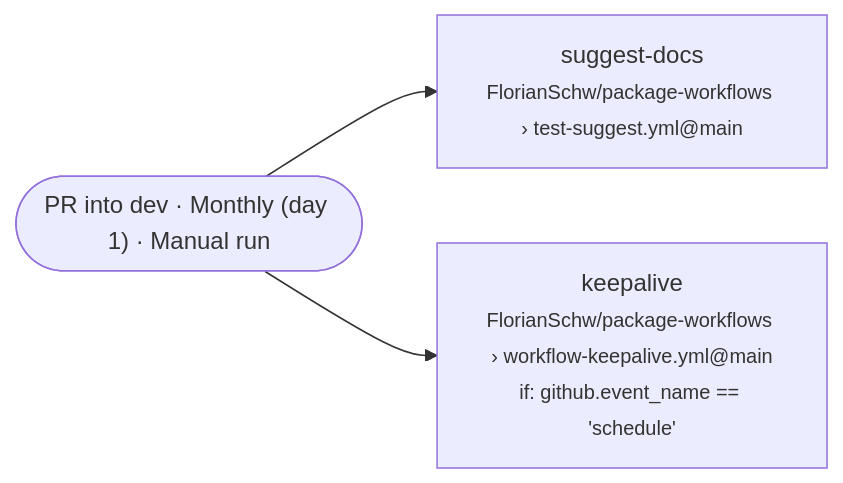
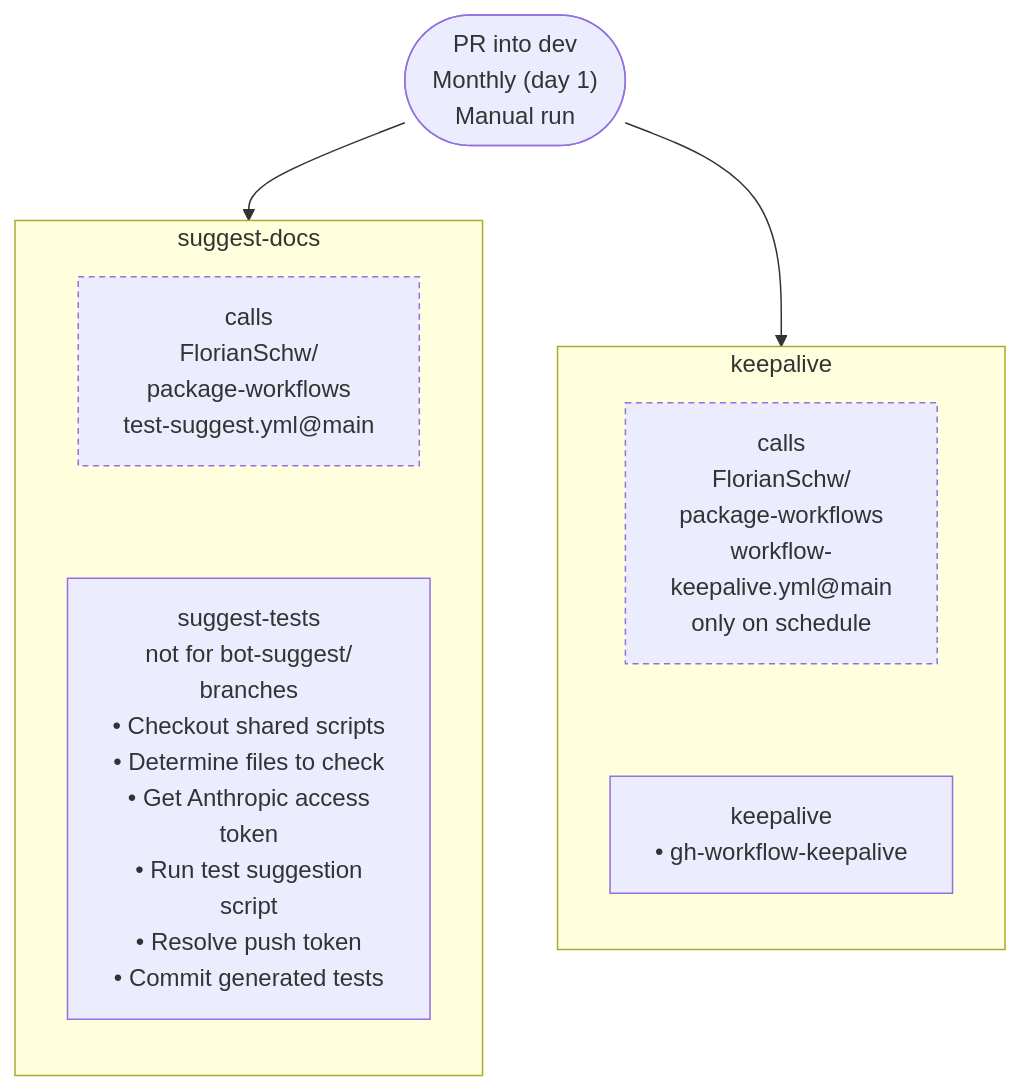
Diagram 14 of 15 in .github/workflow-graphs/README.md (nfdi4health/dsSupportClient), drawn with Mermaid before and after one commit. The commit also changed other lines of this file, not shown here.

Commit message:
docs: update workflow diagrams

````diff
--- a/.github/workflow-graphs/README.md
+++ b/.github/workflow-graphs/README.md
@@ -167,8 +339,19 @@
 ```mermaid
-flowchart LR
-  start(["PR into dev · Monthly (day 1) · Manual run"])
-  job_suggest_docs["suggest-docs<br/><small>FlorianSchw/package-workflows › test-suggest.yml@main</small>"]
+flowchart TD
+  start(["PR into dev<br/>Monthly (day 1)<br/>Manual run"])
+  subgraph job_suggest_docs ["suggest-docs"]
+    direction TB
+    job_suggest_docs__ref["calls<br/>FlorianSchw/<br/>package-workflows<br/>test-suggest.yml@main"]:::refnote
+    job_suggest_docs__suggest_tests["suggest-tests<br/>not for bot-suggest/<br/>branches<br/>• Checkout shared scripts<br/>• Determine files to check<br/>• Get Anthropic access<br/>token<br/>• Run test suggestion<br/>script<br/>• Resolve push token<br/>• Commit generated tests"]
+    job_suggest_docs__ref ~~~ job_suggest_docs__suggest_tests
+  end
   start --> job_suggest_docs
-  job_keepalive["keepalive<br/><small>FlorianSchw/package-workflows › workflow-keepalive.yml@main</small><br/><small>if: github.event_name == 'schedule'</small>"]
+  subgraph job_keepalive ["keepalive"]
+    direction TB
+    job_keepalive__ref["calls<br/>FlorianSchw/<br/>package-workflows<br/>workflow-<br/>keepalive.yml@main<br/>only on schedule"]:::refnote
+    job_keepalive__keepalive["keepalive<br/>• gh-workflow-keepalive"]
+    job_keepalive__ref ~~~ job_keepalive__keepalive
+  end
   start --> job_keepalive
+  classDef refnote stroke-dasharray: 4 3
 ```
````
